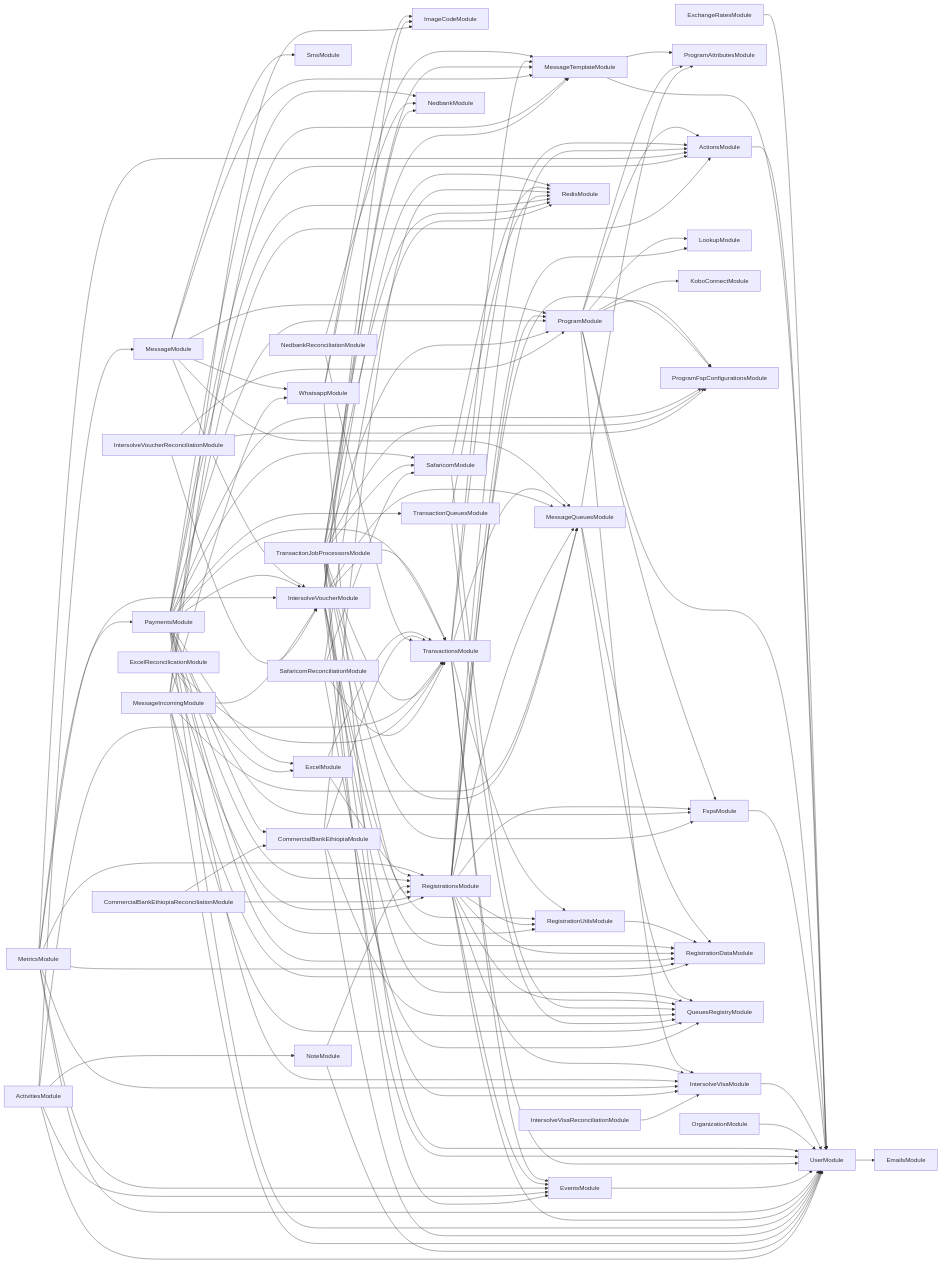
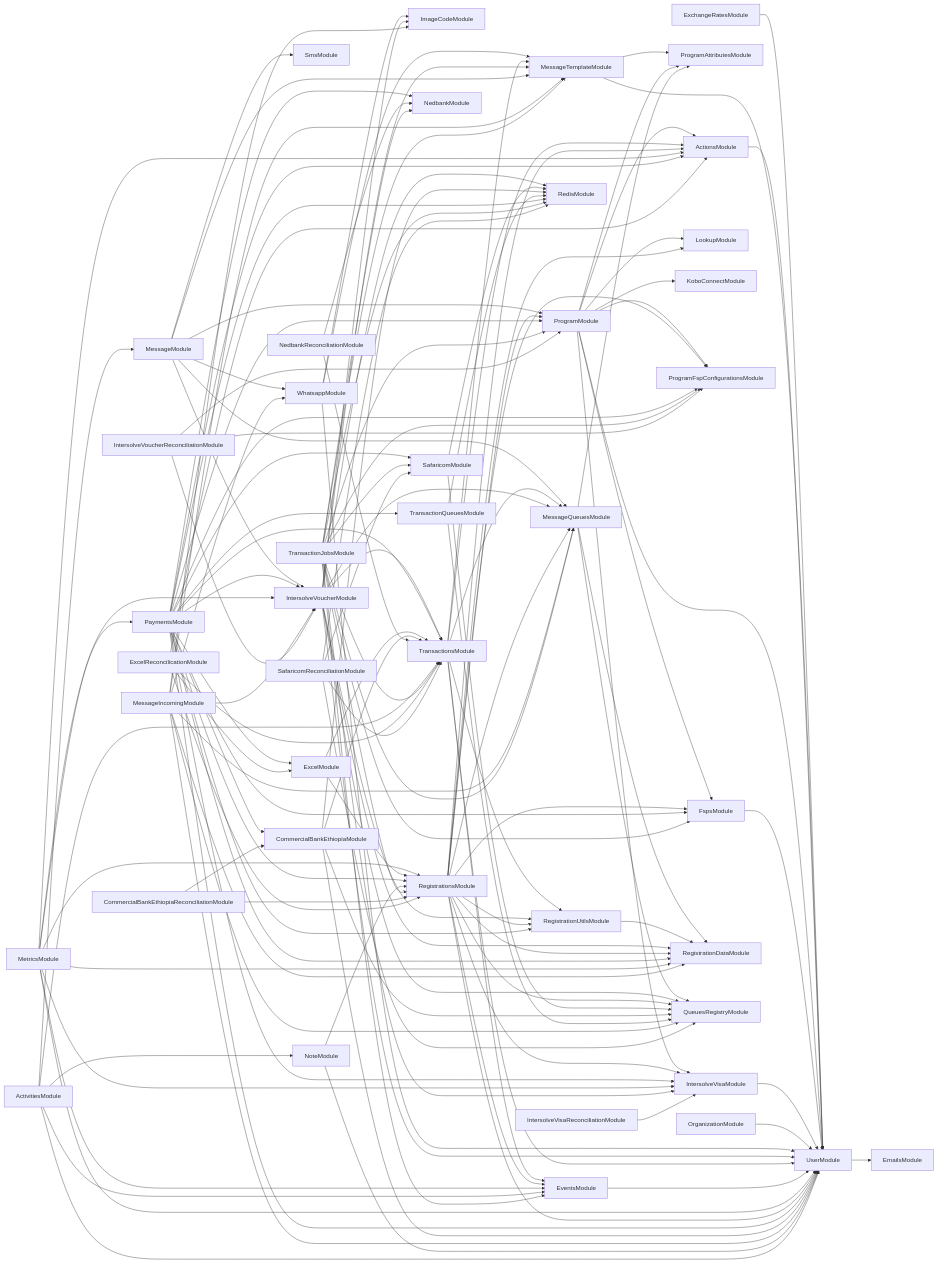
Before and after one commit to global-121/121-platform: the diagram in services/121-service/module-dependencies.md, drawn with Mermaid. The commit also changed 16 other files, not shown here.

Commit message:
Transaction job feedback

```diff
--- a/services/121-service/module-dependencies.md
+++ b/services/121-service/module-dependencies.md
@@ -111,18 +111,18 @@
   ActivitiesModule-->MessageModule
   ActivitiesModule-->EventsModule
   ActivitiesModule-->UserModule
-  TransactionJobProcessorsModule-->RedisModule
-  TransactionJobProcessorsModule-->IntersolveVisaModule
-  TransactionJobProcessorsModule-->SafaricomModule
-  TransactionJobProcessorsModule-->NedbankModule
-  TransactionJobProcessorsModule-->ProgramFspConfigurationsModule
-  TransactionJobProcessorsModule-->RegistrationsModule
-  TransactionJobProcessorsModule-->ProgramModule
-  TransactionJobProcessorsModule-->TransactionsModule
-  TransactionJobProcessorsModule-->MessageQueuesModule
-  TransactionJobProcessorsModule-->FspsModule
-  TransactionJobProcessorsModule-->EventsModule
-  TransactionJobProcessorsModule-->MessageTemplateModule
+  TransactionJobsModule-->RedisModule
+  TransactionJobsModule-->IntersolveVisaModule
+  TransactionJobsModule-->SafaricomModule
+  TransactionJobsModule-->NedbankModule
+  TransactionJobsModule-->ProgramFspConfigurationsModule
+  TransactionJobsModule-->RegistrationsModule
+  TransactionJobsModule-->ProgramModule
+  TransactionJobsModule-->TransactionsModule
+  TransactionJobsModule-->MessageQueuesModule
+  TransactionJobsModule-->FspsModule
+  TransactionJobsModule-->EventsModule
+  TransactionJobsModule-->MessageTemplateModule
   CommercialBankEthiopiaReconciliationModule-->CommercialBankEthiopiaModule
   CommercialBankEthiopiaReconciliationModule-->RegistrationsModule
   ExcelReconcilicationModule-->ActionsModule
```
